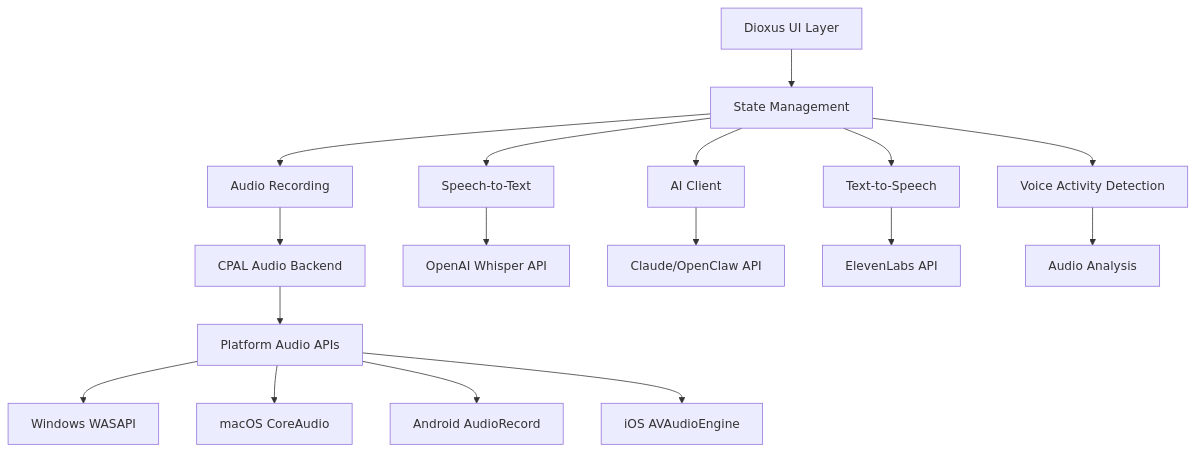
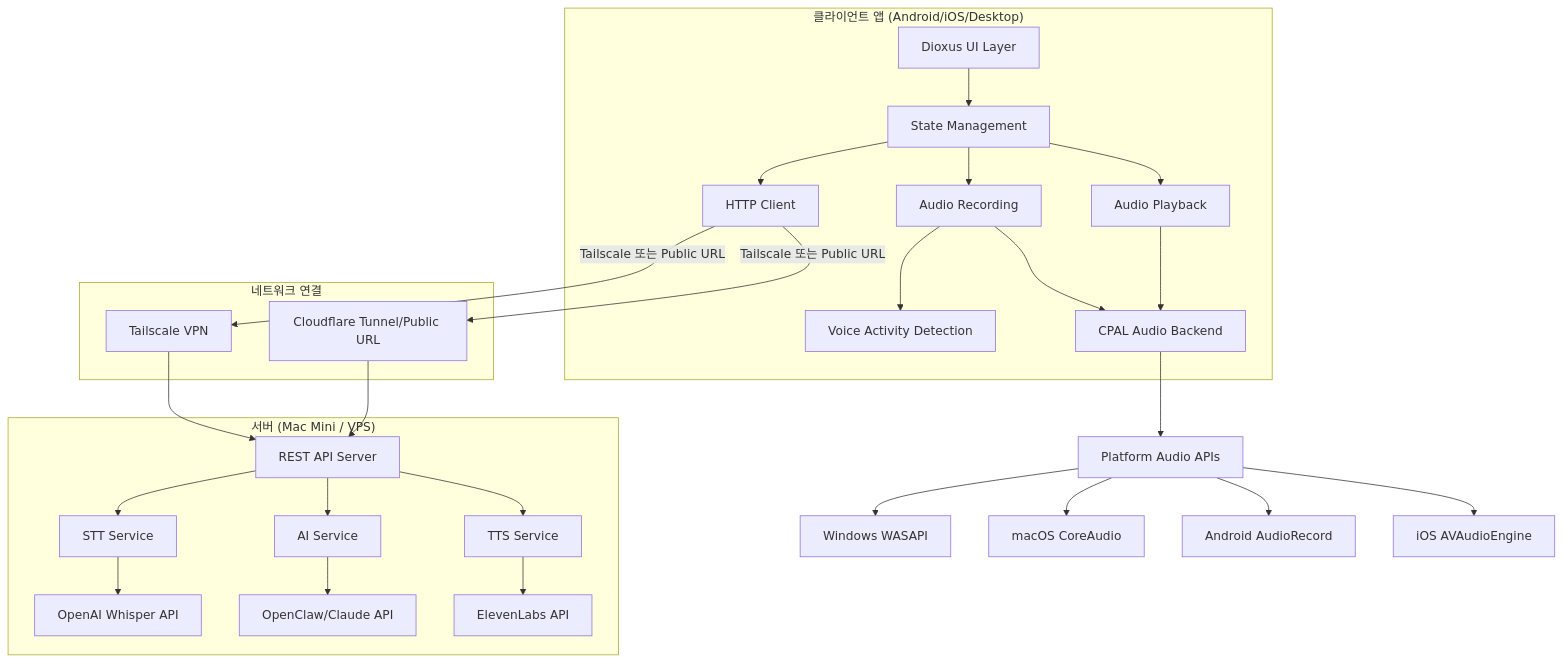
Before and after one commit to jakekwak/clawtotalk: the diagram in .kiro/specs/dioxus-voice-assistant/design.md, drawn with Mermaid. The commit also changed other lines of this file and 6 other files, not shown here.

Commit message:
finished Task #3 and then add client server architecture

````diff
--- a/.kiro/specs/dioxus-voice-assistant/design.md
+++ b/.kiro/specs/dioxus-voice-assistant/design.md
@@ -13,21 +13,49 @@
 ```mermaid
 graph TB
-    UI[Dioxus UI Layer] --> SM[State Management]
-    SM --> AR[Audio Recording]
-    SM --> STT[Speech-to-Text]
-    SM --> AI[AI Client]
-    SM --> TTS[Text-to-Speech]
-    SM --> VAD[Voice Activity Detection]
+    subgraph "클라이언트 앱 (Android/iOS/Desktop)"
+        UI[Dioxus UI Layer]
+        SM[State Management]
+        AR[Audio Recording]
+        AP[Audio Playback]
+        VAD[Voice Activity Detection]
+        HTTP[HTTP Client]
+        
+        UI --> SM
+        SM --> AR
+        SM --> AP
+        SM --> HTTP
+        AR --> VAD
+        AR --> CPAL[CPAL Audio Backend]
+        AP --> CPAL
+    end
     
-    AR --> CPAL[CPAL Audio Backend]
-    STT --> WHISPER[OpenAI Whisper API]
-    AI --> CLAUDE[Claude/OpenClaw API]
-    TTS --> ELEVEN[ElevenLabs API]
-    VAD --> AUDIO[Audio Analysis]
+    subgraph "네트워크 연결"
+        TS[Tailscale VPN]
+        CF[Cloudflare Tunnel/Public URL]
+    end
+    
+    subgraph "서버 (Mac Mini / VPS)"
+        API[REST API Server]
+        STT[STT Service]
+        AI[AI Service]
+        TTS[TTS Service]
+        
+        API --> STT
+        API --> AI
+        API --> TTS
+        STT --> WHISPER[OpenAI Whisper API]
+        AI --> OPENCLAW[OpenClaw/Claude API]
+        TTS --> ELEVEN[ElevenLabs API]
+    end
+    
+    HTTP -->|Tailscale 또는 Public URL| TS
+    HTTP -->|Tailscale 또는 Public URL| CF
+    TS --> API
+    CF --> API
     
     CPAL --> PLATFORM[Platform Audio APIs]
     PLATFORM --> WINDOWS[Windows WASAPI]
     PLATFORM --> MAC[macOS CoreAudio]
     PLATFORM --> ANDROID[Android AudioRecord]
     PLATFORM --> IOS[iOS AVAudioEngine]
 ```
````
